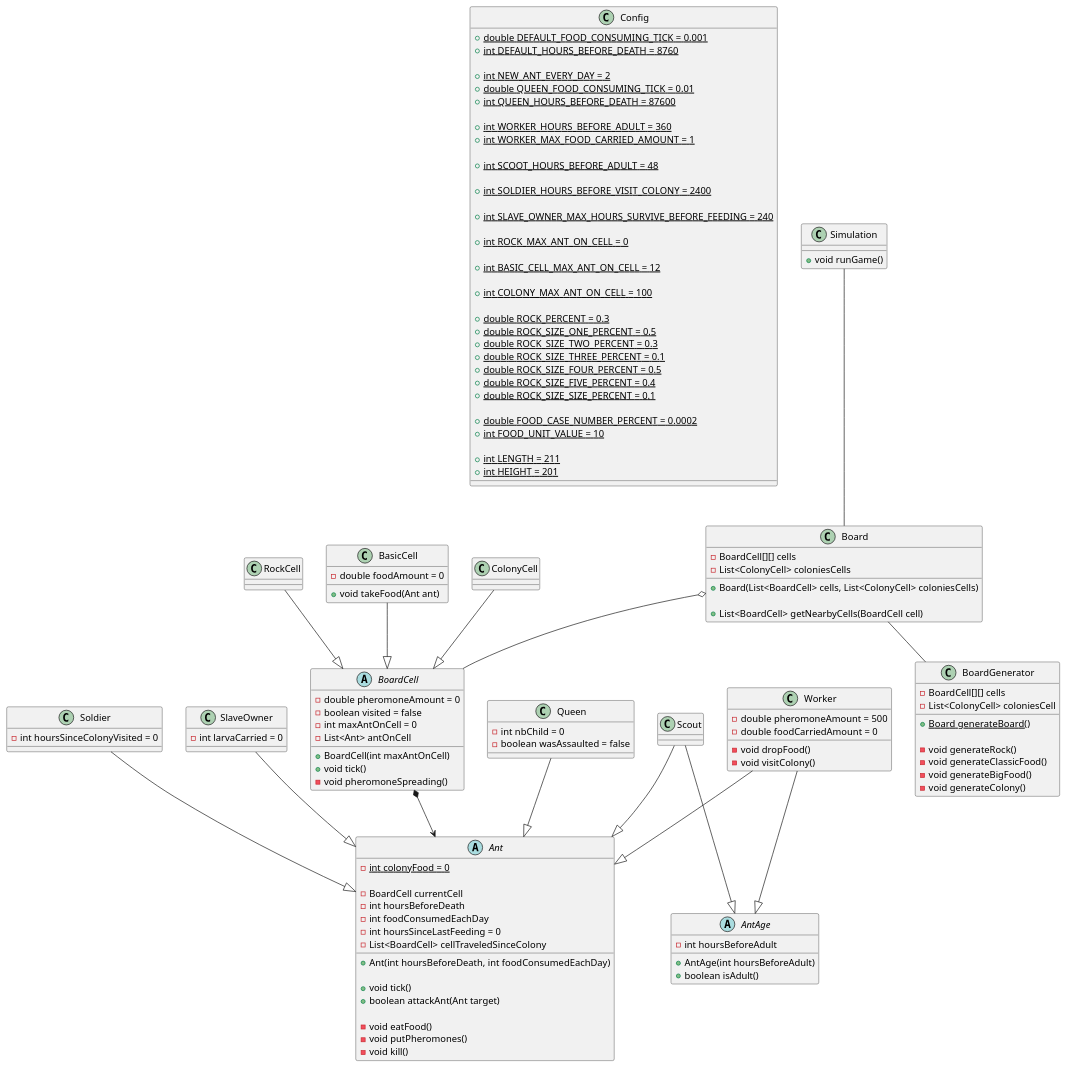
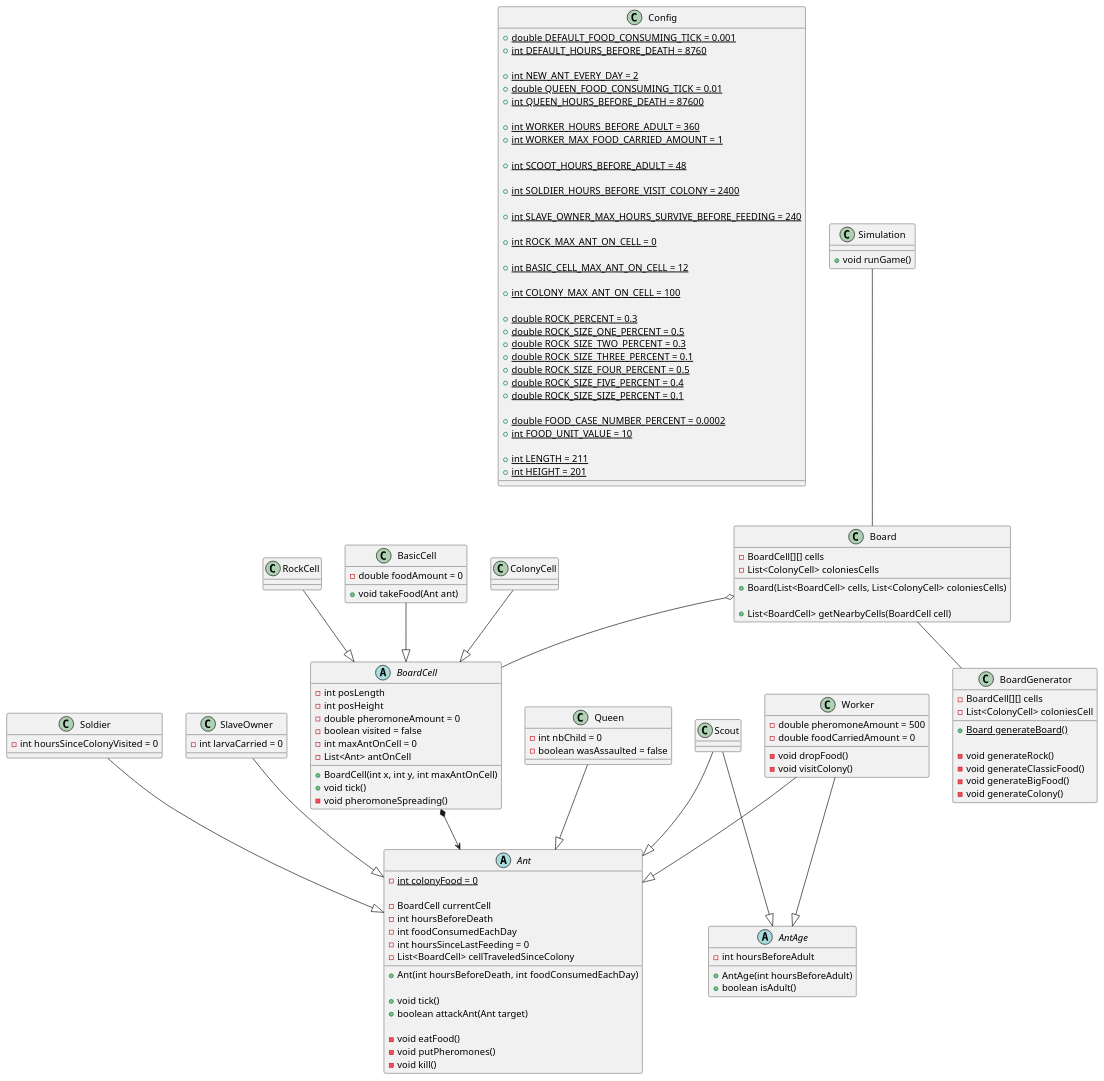
One commit to AntoninHuaut/aledlesfourmis changed the diagram in Doc/class_diagram.puml. Above: the diagram before and after it, drawn with PlantUML. The commit also changed 24 other files, not shown here.

```diff
--- a/Doc/class_diagram.puml
+++ b/Doc/class_diagram.puml
@@ -1,162 +1,164 @@
 @startuml Ant
 
 class Config {
     + {static} double DEFAULT_FOOD_CONSUMING_TICK = 0.001
     + {static} int DEFAULT_HOURS_BEFORE_DEATH = 8760
 
     + {static} int NEW_ANT_EVERY_DAY = 2    
     + {static} double QUEEN_FOOD_CONSUMING_TICK = 0.01
     + {static} int QUEEN_HOURS_BEFORE_DEATH = 87600
 
     + {static} int WORKER_HOURS_BEFORE_ADULT = 360
     + {static} int WORKER_MAX_FOOD_CARRIED_AMOUNT = 1
 
     + {static} int SCOOT_HOURS_BEFORE_ADULT = 48
 
     + {static} int SOLDIER_HOURS_BEFORE_VISIT_COLONY = 2400
 
     + {static} int SLAVE_OWNER_MAX_HOURS_SURVIVE_BEFORE_FEEDING = 240
 
     + {static} int ROCK_MAX_ANT_ON_CELL = 0
 
     + {static} int BASIC_CELL_MAX_ANT_ON_CELL = 12
 
     + {static} int COLONY_MAX_ANT_ON_CELL = 100
 
     + {static} double ROCK_PERCENT = 0.3
     + {static} double ROCK_SIZE_ONE_PERCENT = 0.5
     + {static} double ROCK_SIZE_TWO_PERCENT = 0.3
     + {static} double ROCK_SIZE_THREE_PERCENT = 0.1
     + {static} double ROCK_SIZE_FOUR_PERCENT = 0.5
     + {static} double ROCK_SIZE_FIVE_PERCENT = 0.4
     + {static} double ROCK_SIZE_SIZE_PERCENT = 0.1
 
     + {static} double FOOD_CASE_NUMBER_PERCENT = 0.0002
     + {static} int FOOD_UNIT_VALUE = 10
 
     + {static} int LENGTH = 211
     + {static} int HEIGHT = 201
 }
 
 abstract class Ant {
     - {static} int colonyFood = 0
     
     - BoardCell currentCell
     - int hoursBeforeDeath
     - int foodConsumedEachDay
     - int hoursSinceLastFeeding = 0
     - List<BoardCell> cellTraveledSinceColony
     
     + Ant(int hoursBeforeDeath, int foodConsumedEachDay)
 
     + void tick()
     + boolean attackAnt(Ant target)
 
     - void eatFood()
     - void putPheromones()
     - void kill()
 }
 
 class Queen {
     - int nbChild = 0
     - boolean wasAssaulted = false
 }
 
 abstract class AntAge {
     + AntAge(int hoursBeforeAdult)
 
     - int hoursBeforeAdult
 
     + boolean isAdult()
 }
 
 class Worker {
     - double pheromoneAmount = 500
     - double foodCarriedAmount = 0
 
     - void dropFood()
     - void visitColony()
 }
 
 class Scout {
     
 }
 
 class Soldier {
     - int hoursSinceColonyVisited = 0
 }
 
 class SlaveOwner {
     - int larvaCarried = 0
 }
 
 abstract class BoardCell {
+    - int posLength
+    - int posHeight
     - double pheromoneAmount = 0
     - boolean visited = false
     - int maxAntOnCell = 0
-    - List<Ant> antOnCell
+    - List<Ant> antOnCell   
 
-    + BoardCell(int maxAntOnCell)
+    + BoardCell(int x, int y, int maxAntOnCell)
     + void tick()
     - void pheromoneSpreading()
 }
 
 class RockCell {
     
 }
 
 class BasicCell {
     - double foodAmount = 0
 
     + void takeFood(Ant ant)
 }
 
 class ColonyCell {
     
 }
 
 class Board {
     - BoardCell[][] cells
     - List<ColonyCell> coloniesCells
 
     + Board(List<BoardCell> cells, List<ColonyCell> coloniesCells)
     
     + List<BoardCell> getNearbyCells(BoardCell cell)
 }
 
 class BoardGenerator {
     - BoardCell[][] cells
     - List<ColonyCell> coloniesCell
 
     + {static} Board generateBoard()
 
     - void generateRock()
     - void generateClassicFood()
     - void generateBigFood()
     - void generateColony()
 }
 
 class Simulation {
     + void runGame()
 }
 
 RockCell --|> BoardCell
 BasicCell --|> BoardCell
 ColonyCell --|> BoardCell
 
 Simulation -- Board
 Board -- BoardGenerator
 Board o-- BoardCell
 
 BoardCell *--> Ant
 
 Worker --|> AntAge
 Scout --|> AntAge
 
 Worker --|> Ant
 Scout --|> Ant
 Soldier --|> Ant
 SlaveOwner --|> Ant
 Queen --|> Ant
 
 @enduml
```
